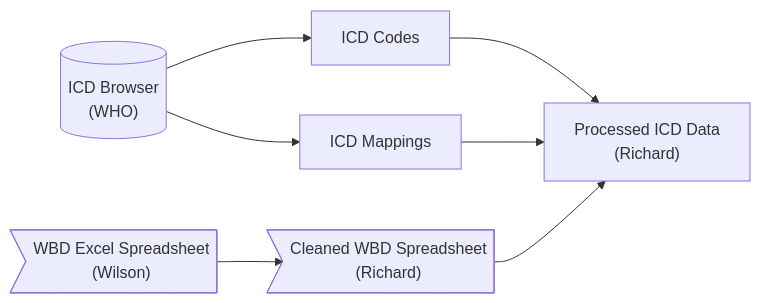
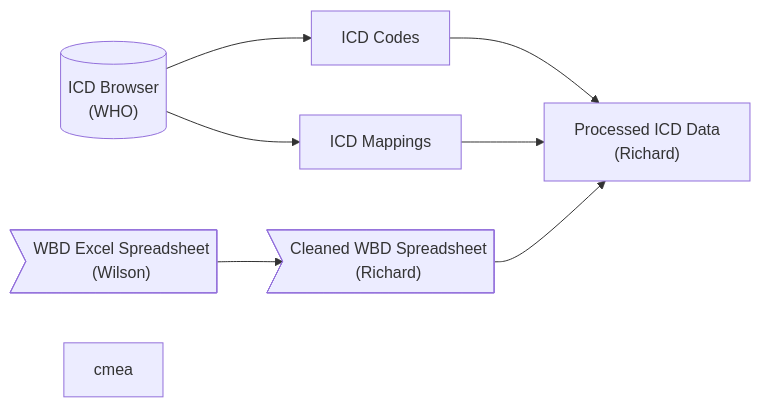
The first of 2 diagrams in DEVELOPER.md (cghr-toronto/icd), drawn with Mermaid before and after one commit. The commit also changed other lines of this file and 17 other files, not shown here.

````diff
--- a/DEVELOPER.md
+++ b/DEVELOPER.md
@@ -10,15 +10,17 @@
 ```mermaid
 flowchart LR;
 
 icd["ICD Codes"]
 icdmap["ICD Mappings"]
 icdbrowser[("ICD Browser<br/>(WHO)")]
 
 wbdraw>"WBD Excel Spreadsheet<br/>(Wilson)"]
 wbd>"Cleaned WBD Spreadsheet<br/>(Richard)"]
 
+cmea
+
 research["Processed ICD Data<br>(Richard)"]
 
 icdbrowser --> icd & icdmap --> research
 wbdraw --> wbd --> research
 ```
````
